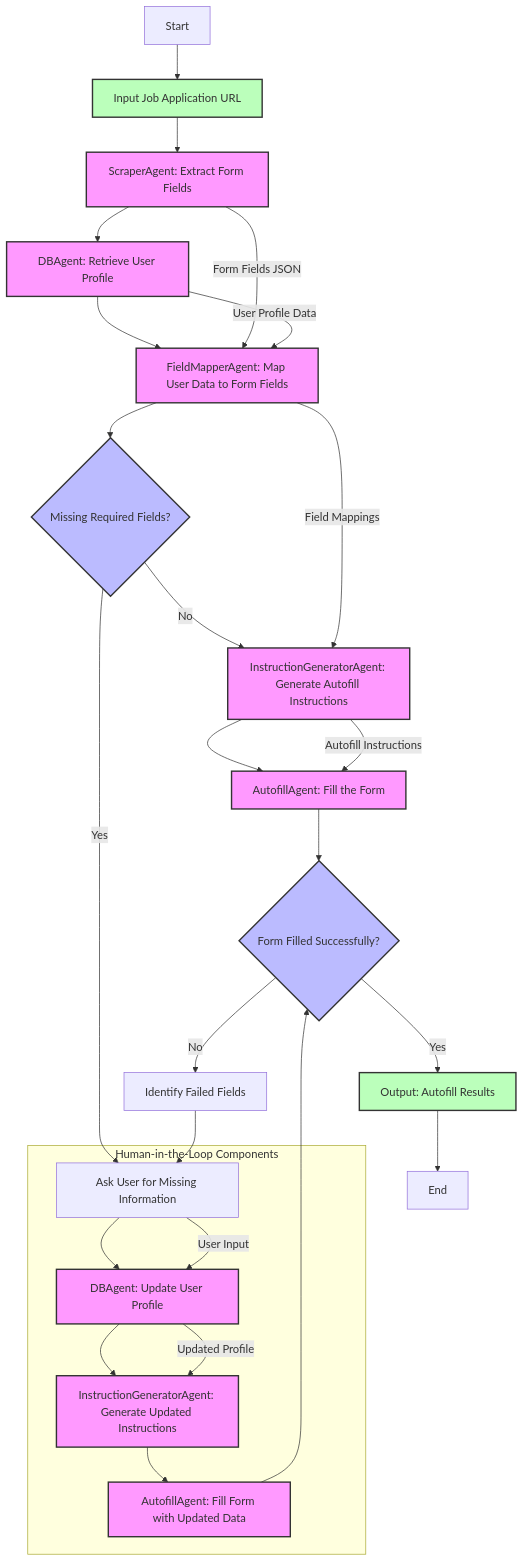
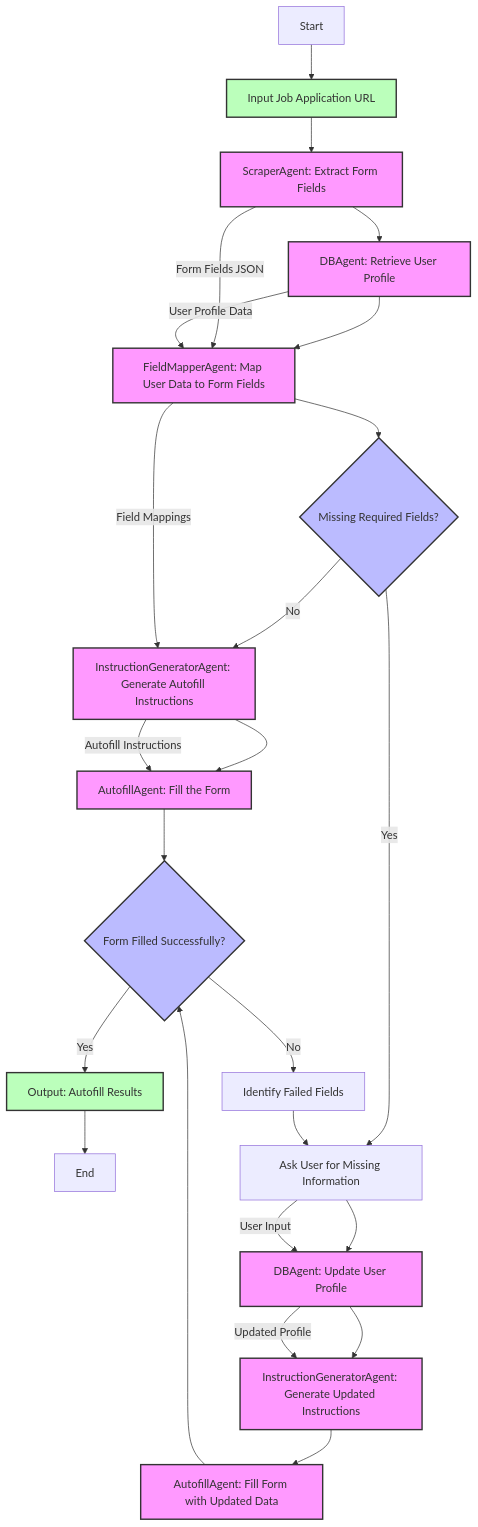
The diagram in PRESENTATION.md (geniuseva/job_application_autofill_agent), drawn with Mermaid before and after one commit. The commit also changed other lines of this file, not shown here.

````diff
--- a/PRESENTATION.md
+++ b/PRESENTATION.md
@@ -45,54 +41,46 @@
 ```mermaid
 graph TD
     %% Main workflow nodes
     A[Start] --> B[Input Job Application URL]
     B --> C[ScraperAgent: Extract Form Fields]
     C --> D[DBAgent: Retrieve User Profile]
     D --> E[FieldMapperAgent: Map User Data to Form Fields]
     
     %% Decision point for missing fields
     E --> F{Missing Required Fields?}
     
     %% Standard path
     F -->|No| G[InstructionGeneratorAgent: Generate Autofill Instructions]
     G --> H[AutofillAgent: Fill the Form]
     H --> I{Form Filled Successfully?}
     I -->|Yes| J[Output: Autofill Results]
     J --> K[End]
     
     %% Human feedback loop (human-in-the-loop implementation)
     F -->|Yes| L[Ask User for Missing Information]
     L --> M[DBAgent: Update User Profile]
     M --> N[InstructionGeneratorAgent: Generate Updated Instructions]
     N --> O[AutofillAgent: Fill Form with Updated Data]
     O --> I
     
     %% Error handling path
     I -->|No| P[Identify Failed Fields]
     P --> L
     
     %% Data flow annotations
     C -- "Form Fields JSON" --> E
     D -- "User Profile Data" --> E
     E -- "Field Mappings" --> G
     G -- "Autofill Instructions" --> H
     L -- "User Input" --> M
     M -- "Updated Profile" --> N
     
-    %% Subgraph for human-in-the-loop specific components
-    subgraph "Human-in-the-Loop Components"
-        L
-        M
-        N
-        O
-    end
-    
     %% Styling
     classDef agent fill:#f9f,stroke:#333,stroke-width:2px;
     classDef decision fill:#bbf,stroke:#333,stroke-width:2px;
     classDef io fill:#bfb,stroke:#333,stroke-width:2px;
     
     class C,D,E,G,H,M,N,O agent;
     class F,I decision;
     class B,J io;
 ```
````
